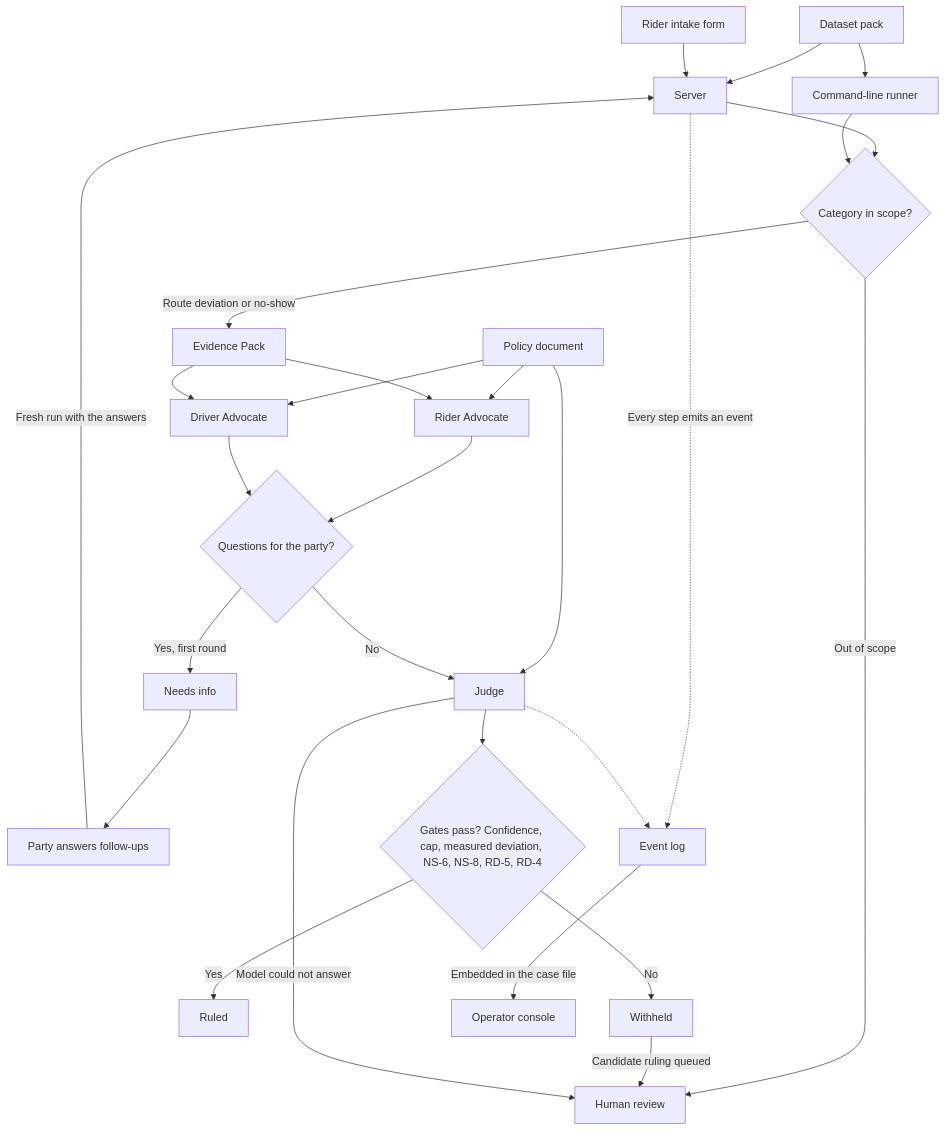
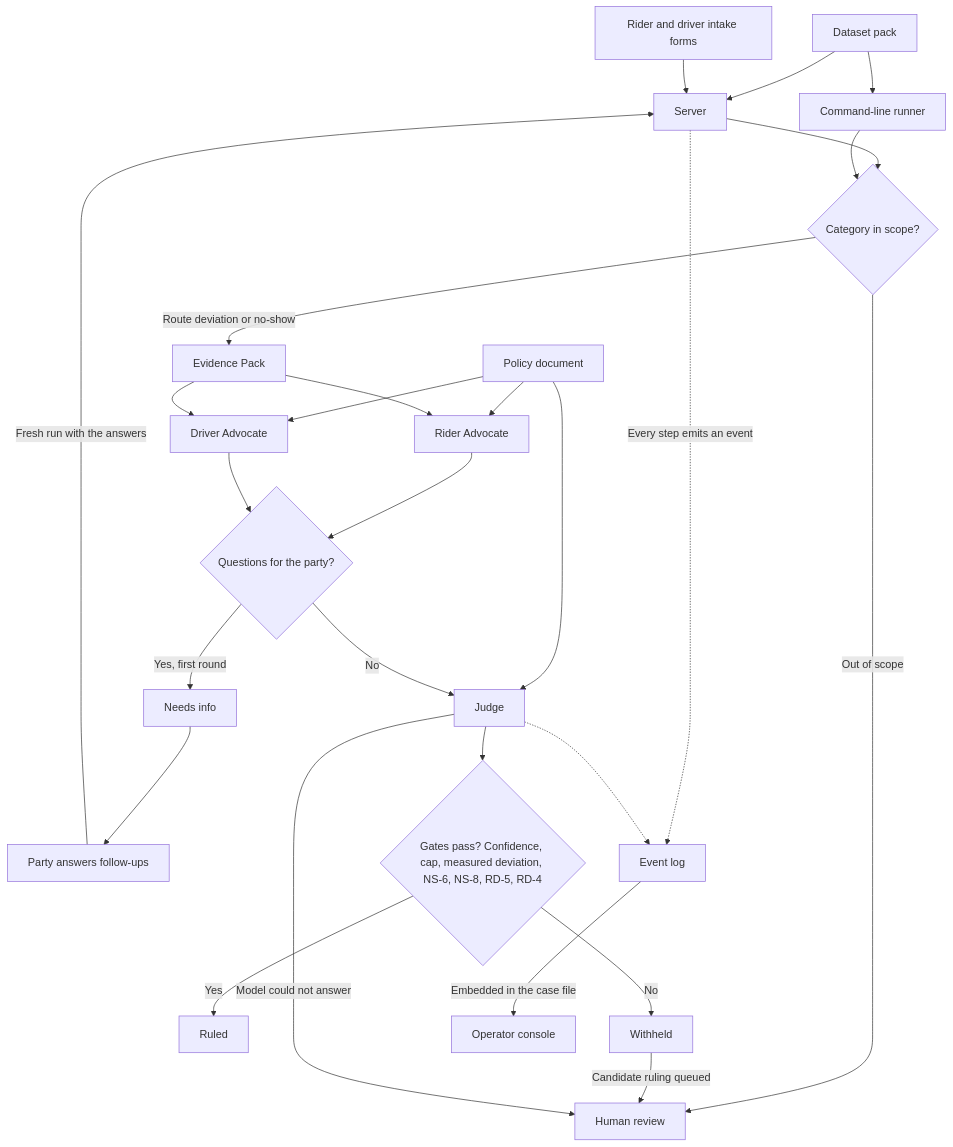
Before and after one commit to hermicaduceus/ryde-dispute-resolution-submission: the diagram in README.md, drawn with Mermaid. The commit also changed other lines of this file and 25 other files, not shown here.

First line of the commit message:
feat: driver-side intake form (W16, second-model-endorsed snapshot)

````diff
--- a/README.md
+++ b/README.md
@@ -39,29 +39,29 @@
 ```mermaid
 flowchart TD
     PACK["Dataset pack"] --> B["Server"]
     PACK --> CL["Command-line runner"]
-    A["Rider intake form"] --> B
+    A["Rider and driver intake forms"] --> B
     B --> C{"Category in scope?"}
     CL --> C
     C -- "Out of scope" --> H["Human review"]
     C -- "Route deviation or no-show" --> E["Evidence Pack"]
     POL["Policy document"] --> RA["Rider Advocate"]
     POL --> DA["Driver Advocate"]
     POL --> J["Judge"]
     E --> RA
     E --> DA
     RA --> S{"Questions for the party?"}
     DA --> S
     S -- "Yes, first round" --> O4["Needs info"]
     O4 --> PA["Party answers follow-ups"]
     PA -- "Fresh run with the answers" --> B
     S -- "No" --> J
     J --> G{"Gates pass? Confidence, cap, measured deviation, NS-6, NS-8, RD-5, RD-4"}
     G -- "Yes" --> O1["Ruled"]
     G -- "No" --> O2["Withheld"]
     O2 -- "Candidate ruling queued" --> H
     J -- "Model could not answer" --> H
     B -. "Every step emits an event" .-> L["Event log"]
     J -.-> L
     L -- "Embedded in the case file" --> K["Operator console"]
 ```
````
